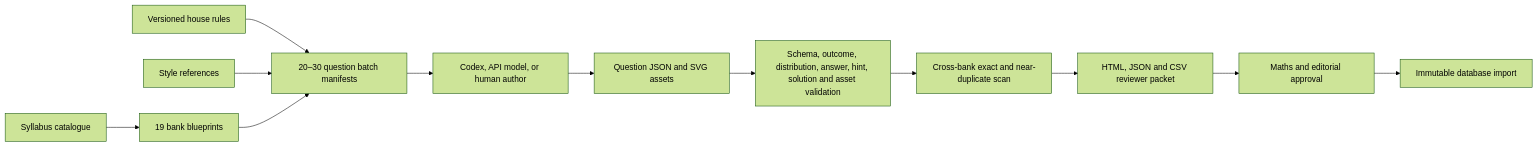
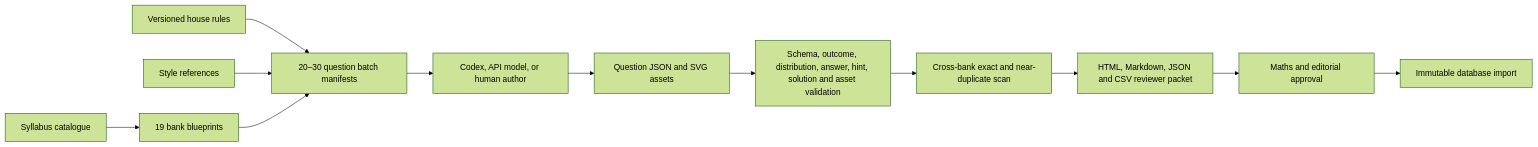
One commit to Willedward/asean_academy changed the diagram in docs/plan/BULK_QUESTION_AUTHORING_PIPELINE.md. Above: the diagram before and after it, drawn with Mermaid (forest theme). The commit also changed other lines of this file and 4 other files, not shown here.

````diff
--- a/docs/plan/BULK_QUESTION_AUTHORING_PIPELINE.md
+++ b/docs/plan/BULK_QUESTION_AUTHORING_PIPELINE.md
@@ -7,14 +7,14 @@
 ```mermaid
 flowchart LR
     S[Syllabus catalogue] --> B[19 bank blueprints]
     H[Versioned house rules] --> M[20–30 question batch manifests]
     P[Style references] --> M
     B --> M
     M --> A[Codex, API model, or human author]
     A --> Q[Question JSON and SVG assets]
     Q --> V[Schema, outcome, distribution, answer, hint, solution and asset validation]
     V --> D[Cross-bank exact and near-duplicate scan]
-    D --> E[HTML, JSON and CSV reviewer packet]
+    D --> E[HTML, Markdown, JSON and CSV reviewer packet]
     E --> R[Maths and editorial approval]
     R --> I[Immutable database import]
 ```
````
